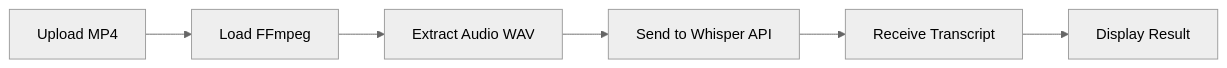
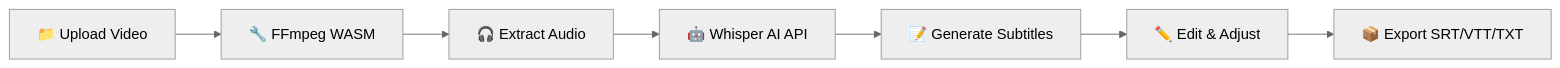
One commit to deepakrajjs-29/mvp-subtitle-creater changed the diagram in README.md. Above: the diagram before and after it, drawn with Mermaid (neutral theme). The commit also changed other lines of this file and 7 other files, not shown here.

Commit message:
Upgrade SubForge to ChatGPT-style clean UI, Vite fullstack project, and onboarding flow

````diff
--- a/README.md
+++ b/README.md
@@ -175,8 +68,9 @@
 ```mermaid
 graph LR
-    A[Upload MP4] --> B[Load FFmpeg]
-    B --> C[Extract Audio WAV]
-    C --> D[Send to Whisper API]
-    D --> E[Receive Transcript]
-    E --> F[Display Result]
+    A["📁 Upload Video"] --> B["🔧 FFmpeg WASM"]
+    B --> C["🎧 Extract Audio"]
+    C --> D["🤖 Whisper AI API"]
+    D --> E["📝 Generate Subtitles"]
+    E --> F["✏️ Edit & Adjust"]
+    F --> G["📦 Export SRT/VTT/TXT"]
 ```
````
